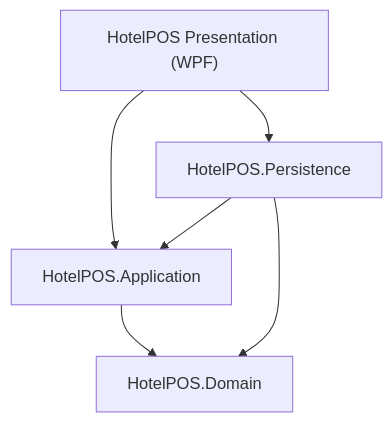
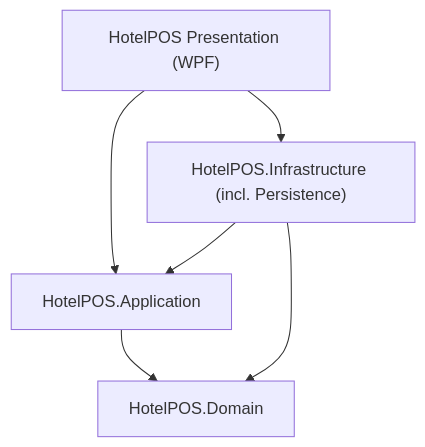
The diagram in docs/SystemDesign.md (subashbos/HotelPOS), drawn with Mermaid before and after one commit. The commit also changed other lines of this file and 18 other files, not shown here.

````diff
--- a/docs/SystemDesign.md
+++ b/docs/SystemDesign.md
@@ -6,8 +6,8 @@
 ```mermaid
 graph TD
     UI["HotelPOS Presentation (WPF)"] --> App["HotelPOS.Application"]
-    UI --> Persistence["HotelPOS.Persistence"]
-    Persistence --> App
+    UI --> Infra["HotelPOS.Infrastructure (incl. Persistence)"]
+    Infra --> App
     App --> Domain["HotelPOS.Domain"]
-    Persistence --> Domain
+    Infra --> Domain
 ```
````
